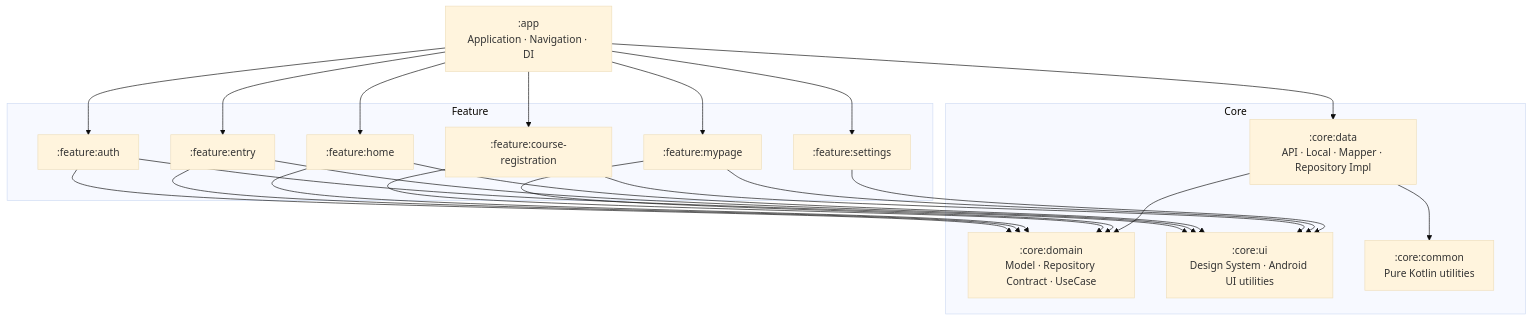
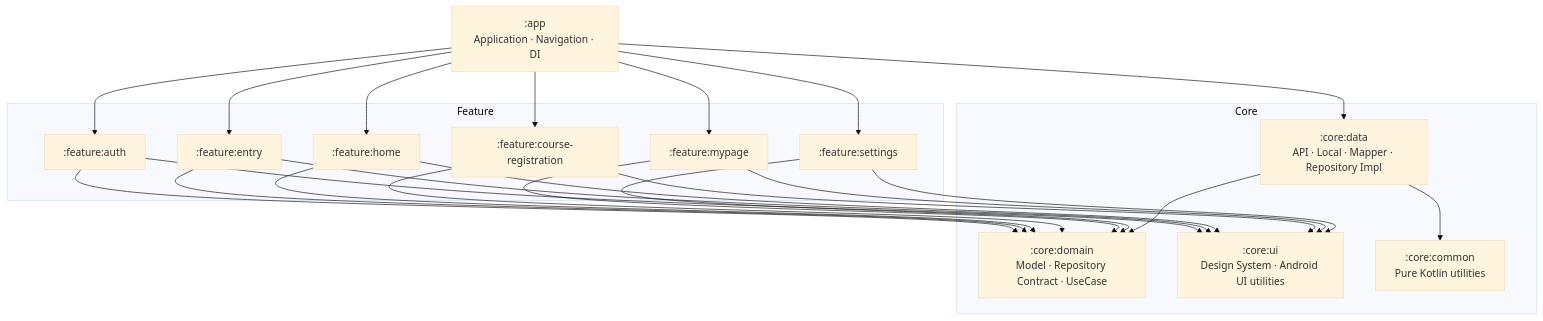
One commit to Central-MakeUs/Rodi-Android changed the fifth of 8 diagrams in README.md. Above: the diagram before and after it, drawn with Mermaid (base theme). The commit also changed other lines of this file, not shown here.

First line of the commit message:
docs: PR 리뷰 반영해 README 아키텍처 다이어그램·헤딩 구조 정리

````diff
--- a/README.md
+++ b/README.md
@@ -281,44 +281,46 @@
 ```mermaid
 flowchart TB
     APP[":app<br/>Application · Navigation · DI"]
 
     subgraph FEATURE["Feature"]
         AUTH[":feature:auth"]
         ENTRY[":feature:entry"]
         HOME[":feature:home"]
         COURSE[":feature:course-registration"]
         MYPAGE[":feature:mypage"]
         SETTINGS[":feature:settings"]
     end
 
     subgraph CORE["Core"]
         DOMAIN[":core:domain<br/>Model · Repository Contract · UseCase"]
         DATA[":core:data<br/>API · Local · Mapper · Repository Impl"]
         UI[":core:ui<br/>Design System · Android UI utilities"]
         COMMON[":core:common<br/>Pure Kotlin utilities"]
     end
 
     APP --> AUTH
     APP --> ENTRY
     APP --> HOME
     APP --> COURSE
     APP --> MYPAGE
     APP --> SETTINGS
     APP --> DATA
 
     AUTH --> DOMAIN
     ENTRY --> DOMAIN
     HOME --> DOMAIN
     COURSE --> DOMAIN
     MYPAGE --> DOMAIN
 
+    SETTINGS --> DOMAIN
+
     AUTH --> UI
     ENTRY --> UI
     HOME --> UI
     COURSE --> UI
     MYPAGE --> UI
     SETTINGS --> UI
 
     DATA --> DOMAIN
     DATA --> COMMON
 ```
````
